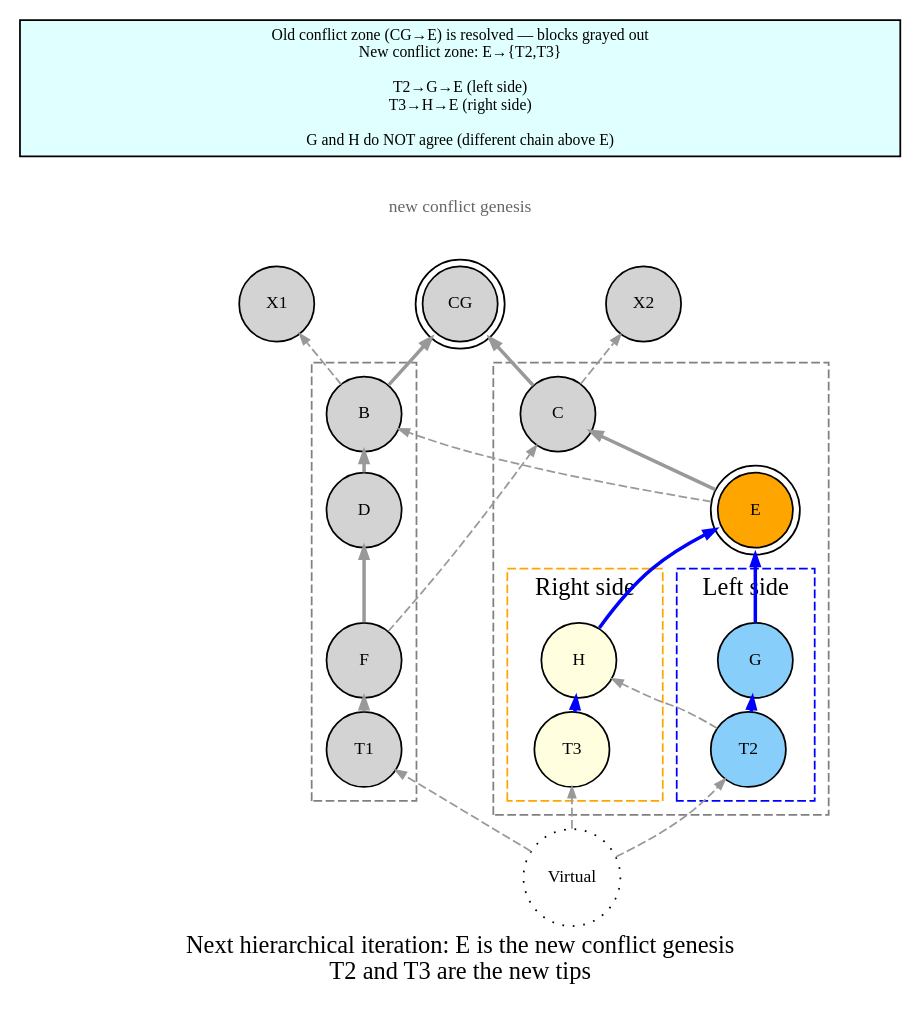
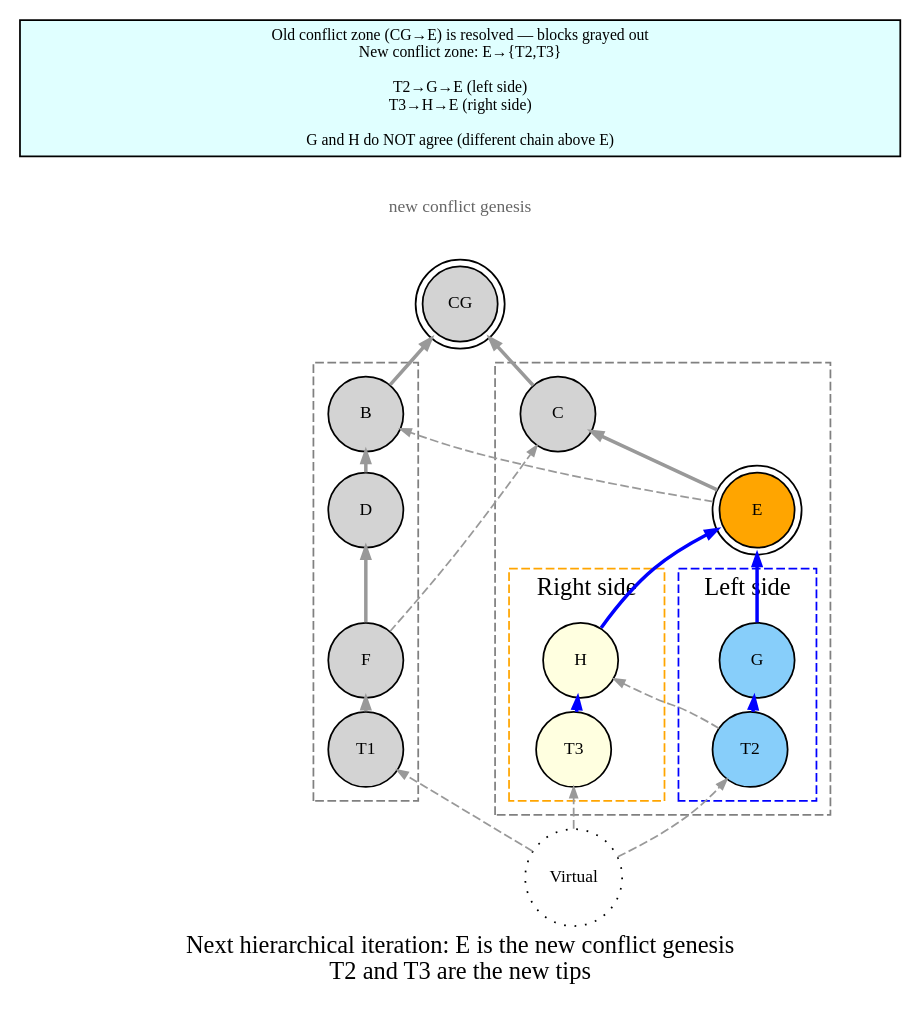
The diagram in dot/03-agreement-next-iteration.dot (coderofstuff/dk-wiki), drawn with Graphviz before and after one commit. The commit also changed 5 other files, not shown here.

Commit message:
Clearer consistent graphics

```diff
--- a/dot/03-agreement-next-iteration.dot
+++ b/dot/03-agreement-next-iteration.dot
@@ -1,96 +1,90 @@
 digraph agreement_next_iteration {
     rankdir=BT;
     nodesep=0.8;
     ranksep=0.1;
     node [shape=circle, style=filled, fontsize=10, width=0.6, height=0.6];
     edge [arrowsize=0.6, color=gray60];
 
     label="Next hierarchical iteration: E is the new conflict genesis\nT2 and T3 are the new tips";
 
     CG [label="CG", fillcolor=lightgray, shape=doublecircle];
-    X1 [label="X1", fillcolor=lightgray];
-    X2 [label="X2", fillcolor=lightgray];
 
     // Virtual block
     Virtual [label="Virtual", shape=circle, style=dotted, fillcolor=white];
 
     // Left side: EXACT SAME as original
     subgraph cluster_left {
         label="";
         labelloc=b;
         style="dashed";
         color=gray;
         B [label="B", fillcolor=lightgray];
         D [label="D", fillcolor=lightgray];
         F [label="F", fillcolor=lightgray];
         T1 [label="T1", fillcolor=lightgray];
     }
 
      // Right side: EXACT SAME as original
     subgraph cluster_right {
         label="";
         labelloc=b;
         style="dashed";
         color=gray;
         C [label="C", fillcolor=lightgray];
         E [label="E", fillcolor=orange, shape=doublecircle];
         subgraph cluster_right_left {
             label="Left side";
             labelloc=b;
             style="dashed";
             color=blue
             G [label="G", fillcolor=lightskyblue];
             T2 [label="T2", fillcolor=lightskyblue];
         }
 
         subgraph cluster_right_right {
             label="Right side";
             labelloc=b;
             style="dashed";
             color=orange
             H [label="H", fillcolor=lightyellow];
             T3 [label="T3", fillcolor=lightyellow];
         }
     }
 
     // E label node
     E_lbl [label="new conflict genesis", shape=plaintext, style=filled, fillcolor=none, fontsize=10, fontcolor=gray40, width=0];
 
     // Annotation at bottom
     NOTE [label="Old conflict zone (CG→E) is resolved — blocks grayed out\nNew conflict zone: E→{T2,T3}\n\nT2→G→E (left side)\nT3→H→E (right side)\n\nG and H do NOT agree (different chain above E)", shape=box, style=filled, fillcolor=lightcyan, fontsize=9, width=7];
 
     // Blue edges = selected parent (chain-parent path)
     D -> B [color=gray60, penwidth=2.0];
     F -> D [color=gray60, penwidth=2.0];
     T1 -> F [color=gray60, penwidth=2.0];
     E -> C [color=gray60, penwidth=2.0];
     G -> E [color=blue, penwidth=2.0];
     T2 -> G [color=blue, penwidth=2.0];
     H -> E [color=blue, penwidth=2.0];
     T3 -> H [color=blue, penwidth=2.0];
 
     // Blue to CG (selected parent of B and C)
     B -> CG [color=gray60, penwidth=2.0];
     C -> CG [color=gray60, penwidth=2.0];
 
     // Gray dashed = non-selected parent
     T2 -> H [color=gray60, penwidth=1.0, style=dashed];
     F -> C [color=gray60, penwidth=1.0, style=dashed];
     E -> B [color=gray60, penwidth=1.0, style=dashed];
 
-    // B -> X1 and C -> X2 are non-selected parents
-    B -> X1 [color=gray60, penwidth=1.0, style=dashed];
-    C -> X2 [color=gray60, penwidth=1.0, style=dashed];
-
     // E label close to E
     E -> E_lbl [style=invis, constraint=false];
 
     // Bottom chain from CG
     CG -> E_lbl [style=invis];
     E_lbl -> NOTE [style=invis];
 
     // Virtual block points to all tips
     Virtual -> T1 [color=gray60, penwidth=1.0, style=dashed];
     Virtual -> T2 [color=gray60, penwidth=1.0, style=dashed];
     Virtual -> T3 [color=gray60, penwidth=1.0, style=dashed];
 }
```
